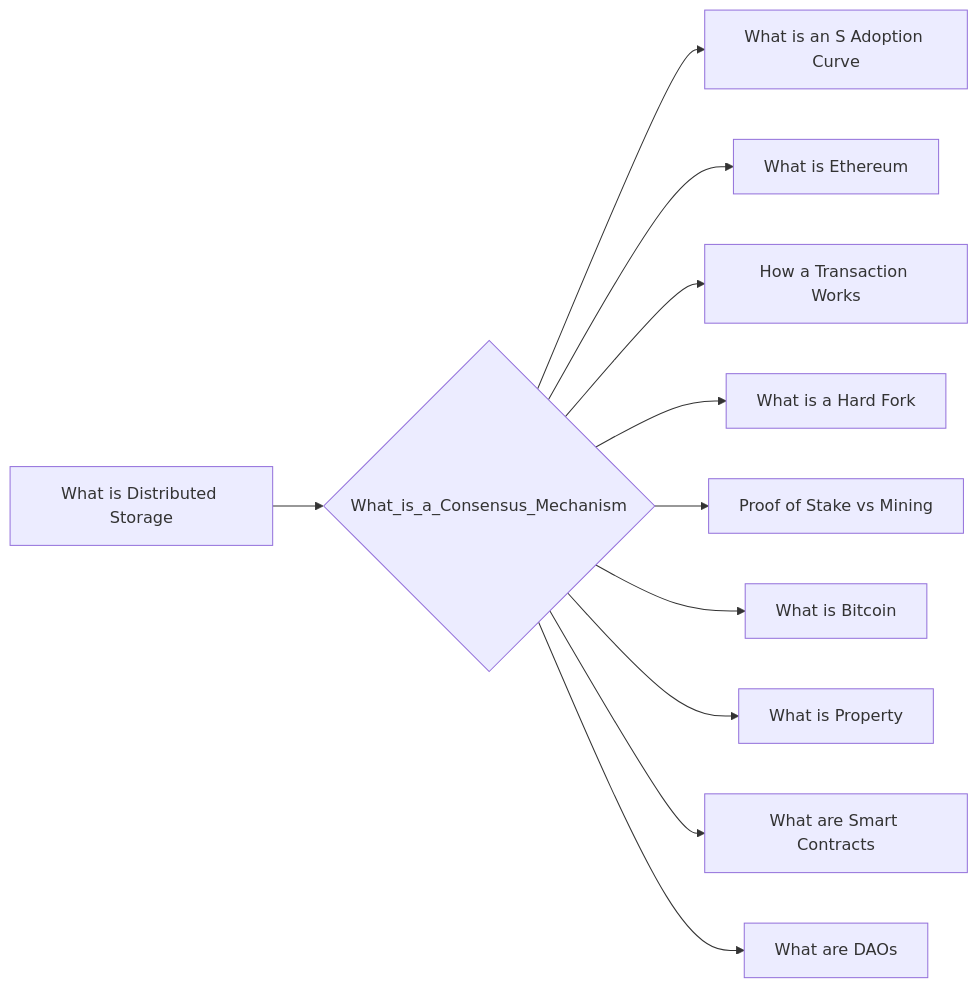
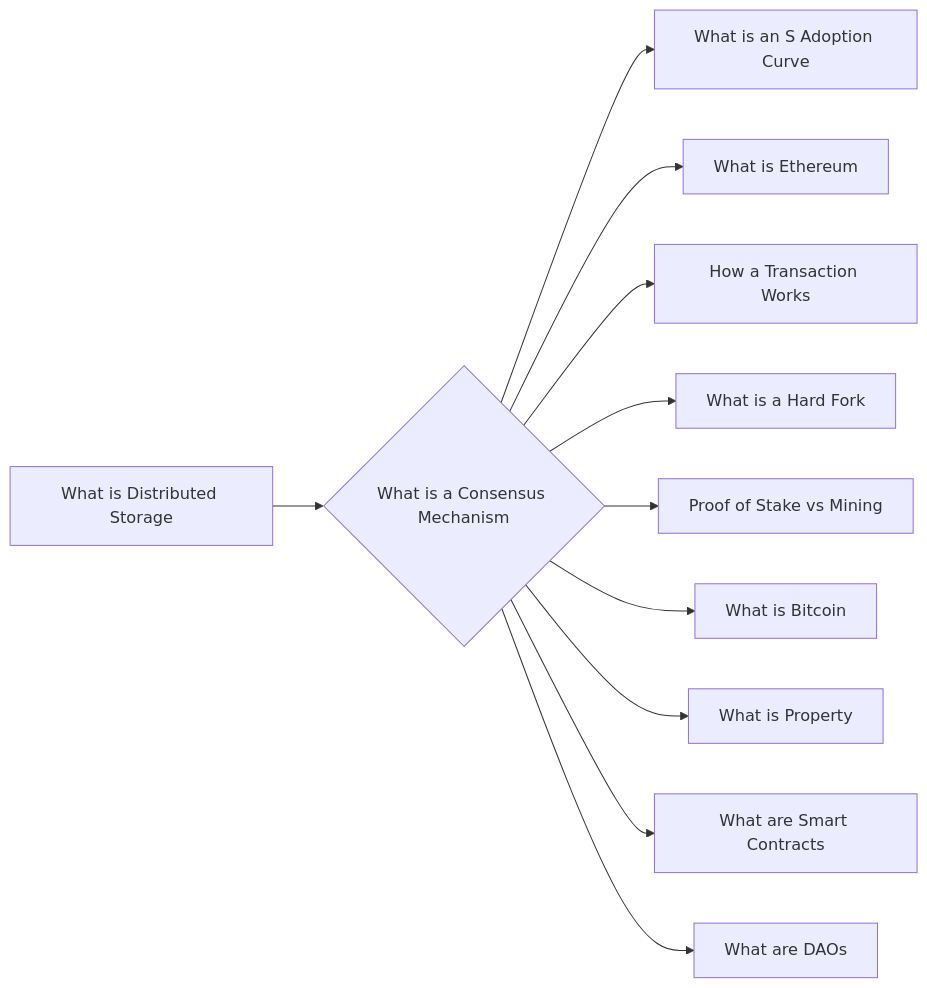
One commit to lpurdy01/crypto-knowledge-map changed the diagram in notes/What_is_a_Consensus_Mechanism.md. Above: the diagram before and after it, drawn with Mermaid. The commit also changed 58 other files, not shown here.

````diff
--- a/notes/What_is_a_Consensus_Mechanism.md
+++ b/notes/What_is_a_Consensus_Mechanism.md
@@ -9,13 +9,13 @@
 ```mermaid
 graph LR
-1["What is Distributed Storage"]-->0{"What_is_a_Consensus_Mechanism"}
-0{"What_is_a_Consensus_Mechanism"}-->2["What is an S Adoption Curve"]
-0{"What_is_a_Consensus_Mechanism"}-->3["What is Ethereum"]
-0{"What_is_a_Consensus_Mechanism"}-->4["How a Transaction Works"]
-0{"What_is_a_Consensus_Mechanism"}-->5["What is a Hard Fork"]
-0{"What_is_a_Consensus_Mechanism"}-->6["Proof of Stake vs Mining"]
-0{"What_is_a_Consensus_Mechanism"}-->7["What is Bitcoin"]
-0{"What_is_a_Consensus_Mechanism"}-->8["What is Property"]
-0{"What_is_a_Consensus_Mechanism"}-->9["What are Smart Contracts"]
-0{"What_is_a_Consensus_Mechanism"}-->10["What are DAOs"]
+1["What is Distributed Storage"]-->0{"What is a Consensus Mechanism"}
+0{"What is a Consensus Mechanism"}-->2["What is an S Adoption Curve"]
+0{"What is a Consensus Mechanism"}-->3["What is Ethereum"]
+0{"What is a Consensus Mechanism"}-->4["How a Transaction Works"]
+0{"What is a Consensus Mechanism"}-->5["What is a Hard Fork"]
+0{"What is a Consensus Mechanism"}-->6["Proof of Stake vs Mining"]
+0{"What is a Consensus Mechanism"}-->7["What is Bitcoin"]
+0{"What is a Consensus Mechanism"}-->8["What is Property"]
+0{"What is a Consensus Mechanism"}-->9["What are Smart Contracts"]
+0{"What is a Consensus Mechanism"}-->10["What are DAOs"]
 ```
````
